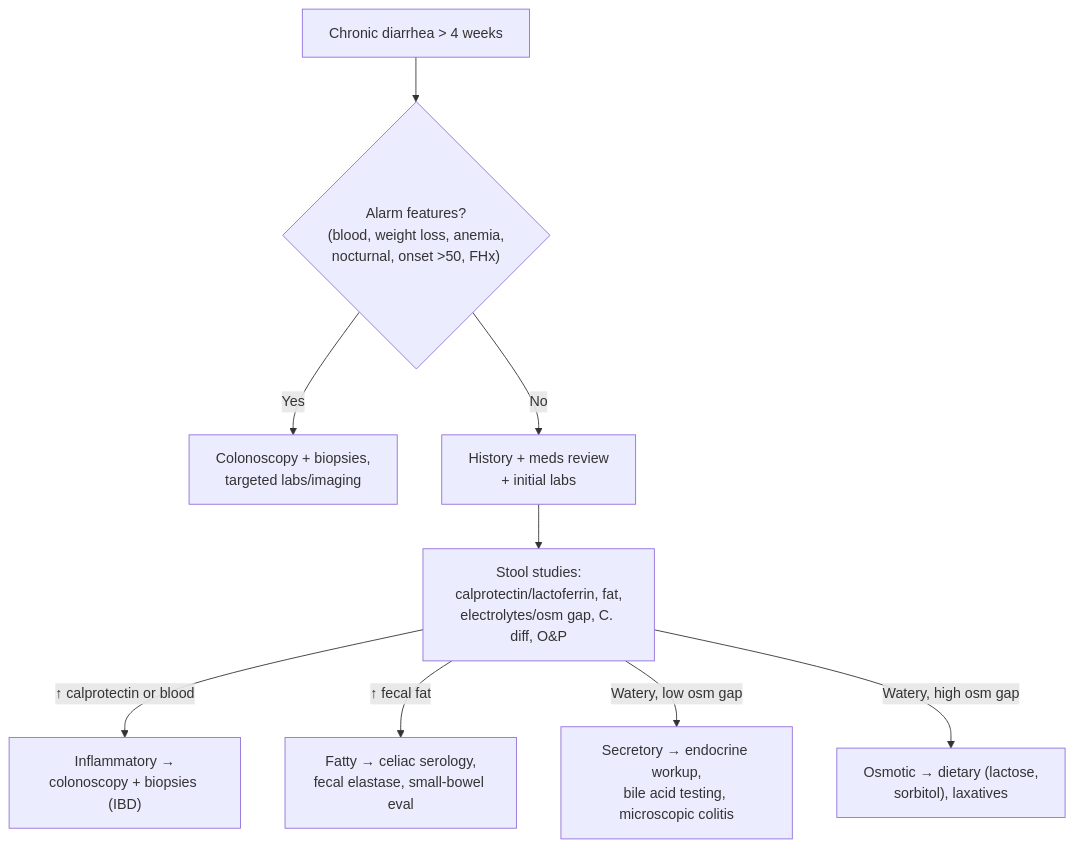
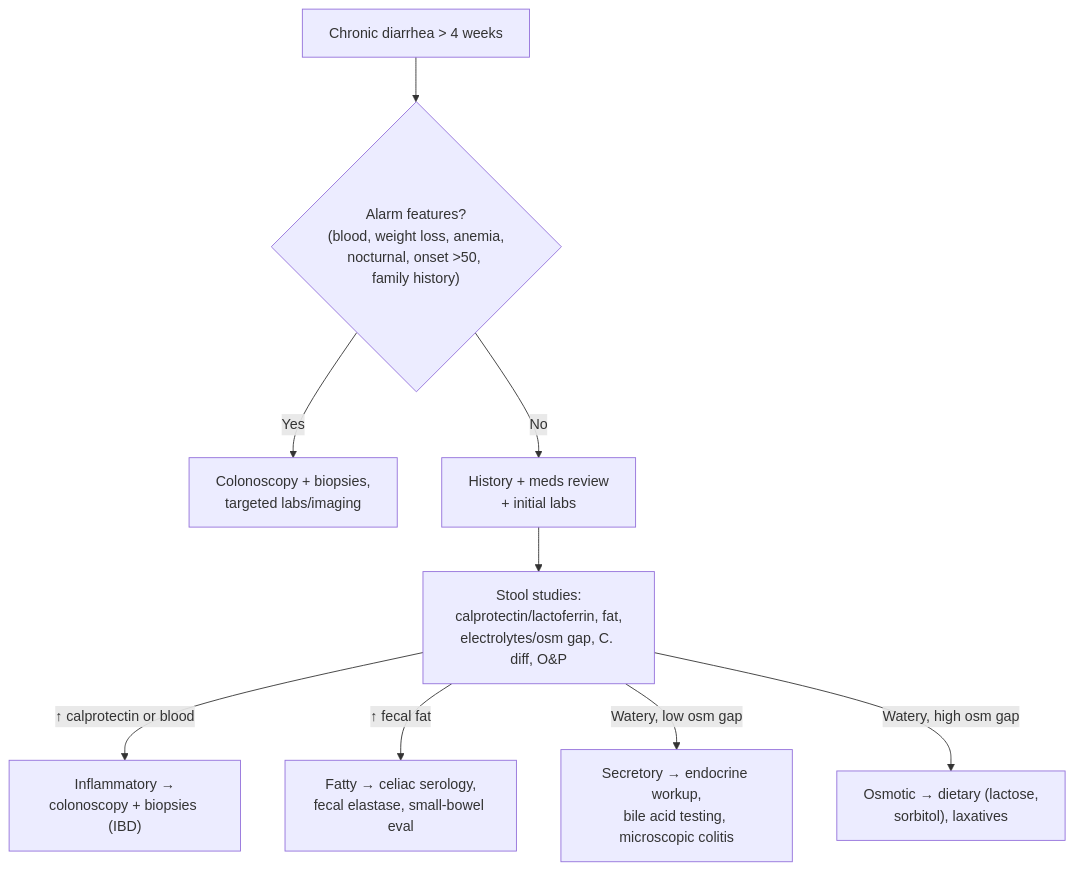
The diagram in KHNL-GI-Wiki/wiki/2-diagnostic-schemas/chronic-diarrhea.md (KHNickLeMD/KHNL-GI-Wiki), drawn with Mermaid before and after one commit. The commit also changed other lines of this file and 620 other files, not shown here.

````diff
--- a/KHNL-GI-Wiki/wiki/2-diagnostic-schemas/chronic-diarrhea.md
+++ b/KHNL-GI-Wiki/wiki/2-diagnostic-schemas/chronic-diarrhea.md
@@ -89,11 +89,11 @@
 ```mermaid
 flowchart TD
-    A["Chronic diarrhea > 4 weeks"] --> B{"Alarm features?<br/>(blood, weight loss, anemia,<br/>nocturnal, onset >50, FHx)"}
+    A["Chronic diarrhea > 4 weeks"] --> B{"Alarm features?<br/>(blood, weight loss, anemia,<br/>nocturnal, onset >50, family history)"}
     B -->|Yes| C["Colonoscopy + biopsies,<br/>targeted labs/imaging"]
     B -->|No| D["History + meds review<br/>+ initial labs"]
     D --> E["Stool studies:<br/>calprotectin/lactoferrin, fat,<br/>electrolytes/osm gap, C. diff, O&P"]
     E -->|"↑ calprotectin or blood"| F["Inflammatory →<br/>colonoscopy + biopsies (IBD)"]
     E -->|"↑ fecal fat"| G["Fatty → celiac serology,<br/>fecal elastase, small-bowel eval"]
     E -->|"Watery, low osm gap"| H["Secretory → endocrine workup,<br/>bile acid testing, microscopic colitis"]
     E -->|"Watery, high osm gap"| I["Osmotic → dietary (lactose,<br/>sorbitol), laxatives"]
 ```
````
